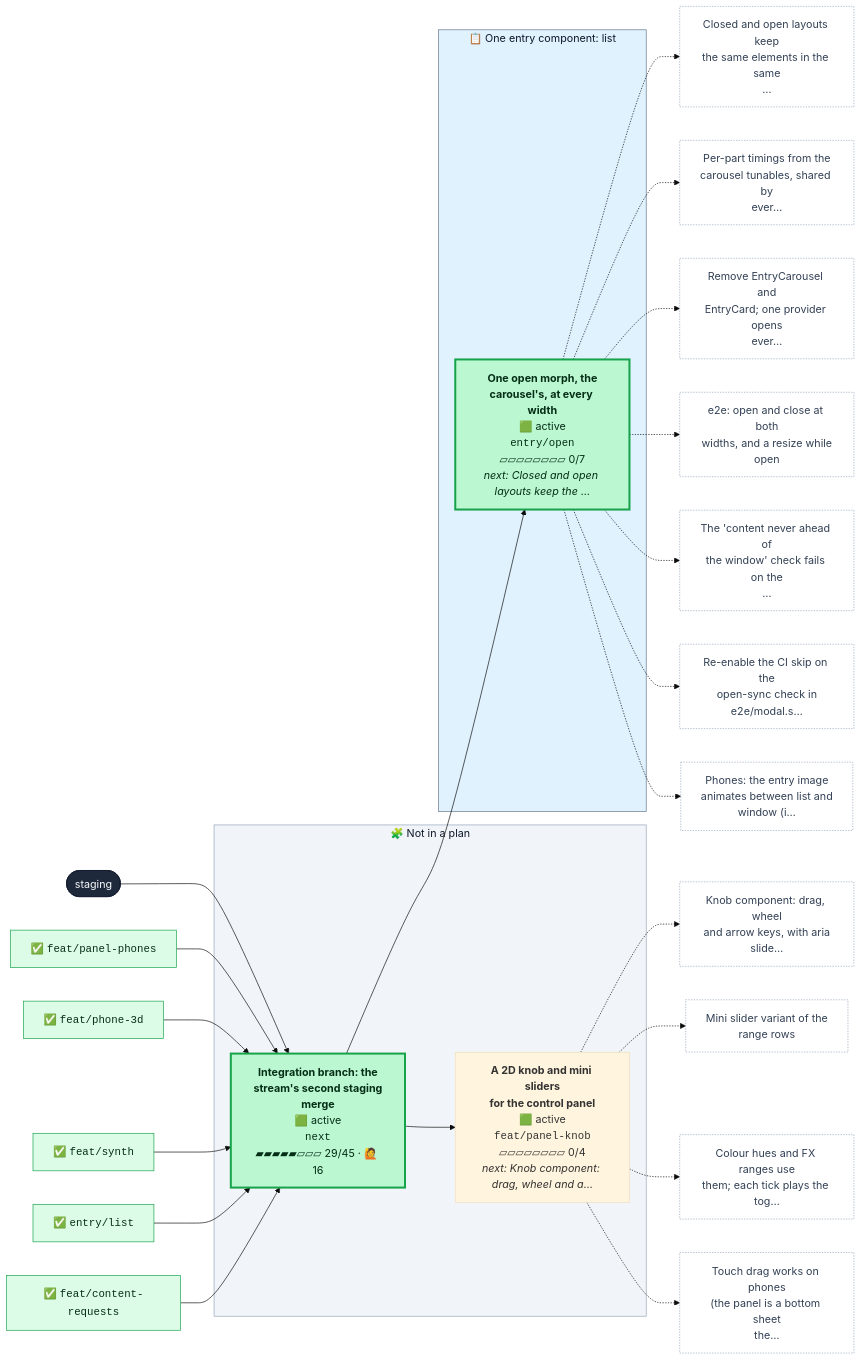
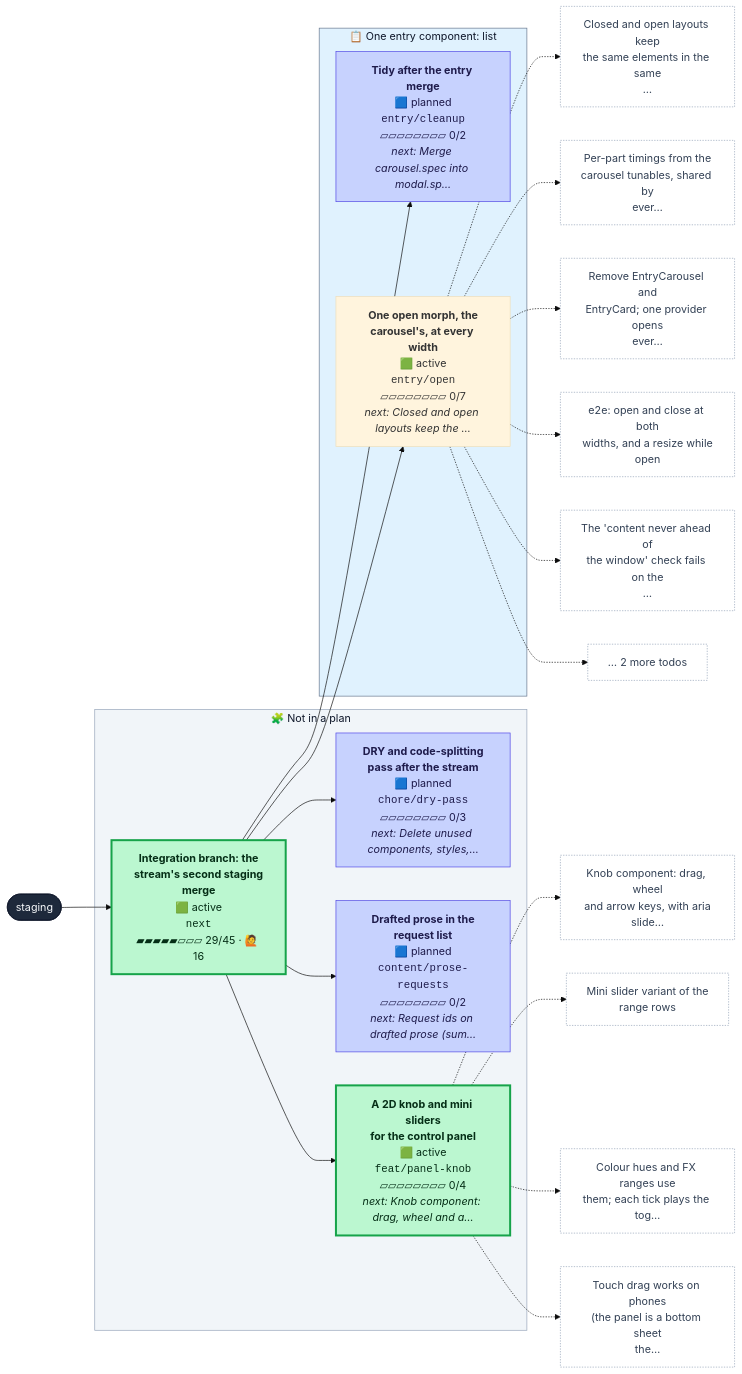
Before and after one commit to henryjonescodes/portfolio: the first of 2 diagrams in CONTRIBUTING.md, drawn with Mermaid (base theme). The commit also changed other lines of this file and 1 other file, not shown here.

````diff
--- a/CONTRIBUTING.md
+++ b/CONTRIBUTING.md
@@ -16,77 +16,68 @@
 ```mermaid
 flowchart LR
   n_staging([staging])
   class n_staging trunk
   subgraph plan_0["📋 One entry component: list"]
+    n_entry_cleanup["<b>Tidy after the entry merge</b><br/>🟦 planned<br/><code>entry/cleanup</code><br/>▱▱▱▱▱▱▱▱ 0/2<br/><i>next: Merge carousel.spec into modal.sp…</i>"]
+    class n_entry_cleanup planned
     n_entry_open["<b>One open morph, the<br/>carousel's, at every width</b><br/>🟩 active<br/><code>entry/open</code><br/>▱▱▱▱▱▱▱▱ 0/7<br/><i>next: Closed and open layouts keep the …</i>"]
-    class n_entry_open active
+    class n_entry_open active,current
   end
   style plan_0 fill:#e0f2fe,stroke:#64748b,color:#0f172a
   subgraph loose["🧩 Not in a plan"]
+    n_chore_dry_pass["<b>DRY and code-splitting<br/>pass after the stream</b><br/>🟦 planned<br/><code>chore/dry-pass</code><br/>▱▱▱▱▱▱▱▱ 0/3<br/><i>next: Delete unused components, styles,…</i>"]
+    class n_chore_dry_pass planned
+    n_content_prose_requests["<b>Drafted prose in the<br/>request list</b><br/>🟦 planned<br/><code>content/prose-requests</code><br/>▱▱▱▱▱▱▱▱ 0/2<br/><i>next: Request ids on drafted prose (sum…</i>"]
+    class n_content_prose_requests planned
     n_feat_panel_knob["<b>A 2D knob and mini sliders<br/>for the control panel</b><br/>🟩 active<br/><code>feat/panel-knob</code><br/>▱▱▱▱▱▱▱▱ 0/4<br/><i>next: Knob component: drag, wheel and a…</i>"]
-    class n_feat_panel_knob active,current
+    class n_feat_panel_knob active
     n_next["<b>Integration branch: the<br/>stream's second staging<br/>merge</b><br/>🟩 active<br/><code>next</code><br/>▰▰▰▰▰▱▱▱ 29/45 · 🙋 16"]
     class n_next active
   end
   style loose fill:#f1f5f9,stroke:#94a3b8,color:#0f172a
+  n_next --> n_chore_dry_pass
+  n_next --> n_content_prose_requests
+  n_next --> n_entry_cleanup
   n_next --> n_entry_open
   n_next --> n_feat_panel_knob
   n_staging --> n_next
   n_entry_open_t0["Closed and open layouts keep<br/>the same elements in the same<br/>…"]
   class n_entry_open_t0 todo
   n_entry_open -.-> n_entry_open_t0
   n_entry_open_t1["Per-part timings from the<br/>carousel tunables, shared by<br/>ever…"]
   class n_entry_open_t1 todo
   n_entry_open -.-> n_entry_open_t1
   n_entry_open_t2["Remove EntryCarousel and<br/>EntryCard; one provider opens<br/>ever…"]
   class n_entry_open_t2 todo
   n_entry_open -.-> n_entry_open_t2
   n_entry_open_t3["e2e: open and close at both<br/>widths, and a resize while<br/>open"]
   class n_entry_open_t3 todo
   n_entry_open -.-> n_entry_open_t3
   n_entry_open_t4["The 'content never ahead of<br/>the window' check fails on the<br/>…"]
   class n_entry_open_t4 todo
   n_entry_open -.-> n_entry_open_t4
-  n_entry_open_t5["Re-enable the CI skip on the<br/>open-sync check in<br/>e2e/modal.s…"]
-  class n_entry_open_t5 todo
-  n_entry_open -.-> n_entry_open_t5
-  n_entry_open_t6["Phones: the entry image<br/>animates between list and<br/>window (i…"]
-  class n_entry_open_t6 todo
-  n_entry_open -.-> n_entry_open_t6
+  n_entry_open_more["… 2 more todos"]
+  class n_entry_open_more todo
+  n_entry_open -.-> n_entry_open_more
   n_feat_panel_knob_t0["Knob component: drag, wheel<br/>and arrow keys, with aria<br/>slide…"]
   class n_feat_panel_knob_t0 todo
   n_feat_panel_knob -.-> n_feat_panel_knob_t0
   n_feat_panel_knob_t1["Mini slider variant of the<br/>range rows"]
   class n_feat_panel_knob_t1 todo
   n_feat_panel_knob -.-> n_feat_panel_knob_t1
   n_feat_panel_knob_t2["Colour hues and FX ranges use<br/>them; each tick plays the tog…"]
   class n_feat_panel_knob_t2 todo
   n_feat_panel_knob -.-> n_feat_panel_knob_t2
   n_feat_panel_knob_t3["Touch drag works on phones<br/>(the panel is a bottom sheet<br/>the…"]
   class n_feat_panel_knob_t3 todo
   n_feat_panel_knob -.-> n_feat_panel_knob_t3
-  n_next_m0["✅ <code>feat/panel-phones</code>"]
-  class n_next_m0 merged
-  n_next_m0 --> n_next
-  n_next_m1["✅ <code>feat/phone-3d</code>"]
-  class n_next_m1 merged
-  n_next_m1 --> n_next
-  n_next_m2["✅ <code>feat/synth</code>"]
-  class n_next_m2 merged
-  n_next_m2 --> n_next
-  n_next_m3["✅ <code>entry/list</code>"]
-  class n_next_m3 merged
-  n_next_m3 --> n_next
-  n_next_m4["✅ <code>feat/content-requests</code>"]
-  class n_next_m4 merged
-  n_next_m4 --> n_next
   classDef merged fill:#dcfce7,stroke:#16a34a,color:#052e16
   classDef todo fill:#ffffff,stroke:#94a3b8,stroke-dasharray:2 2,color:#334155
   classDef planned fill:#c7d2fe,stroke:#4f46e5,color:#1e1b4b
   classDef sketched fill:#f8fafc,stroke:#64748b,stroke-dasharray:4 3,color:#334155
   classDef active fill:#bbf7d0,stroke:#16a34a,stroke-width:3px,color:#052e16
   classDef review fill:#fde68a,stroke:#d97706,stroke-width:3px,color:#451a03
   classDef blocked fill:#fecaca,stroke:#dc2626,stroke-width:3px,color:#450a0a
   classDef trunk fill:#1e293b,stroke:#0f172a,color:#f8fafc
   classDef current stroke:#0ea5e9,stroke-width:5px
 ```
````
